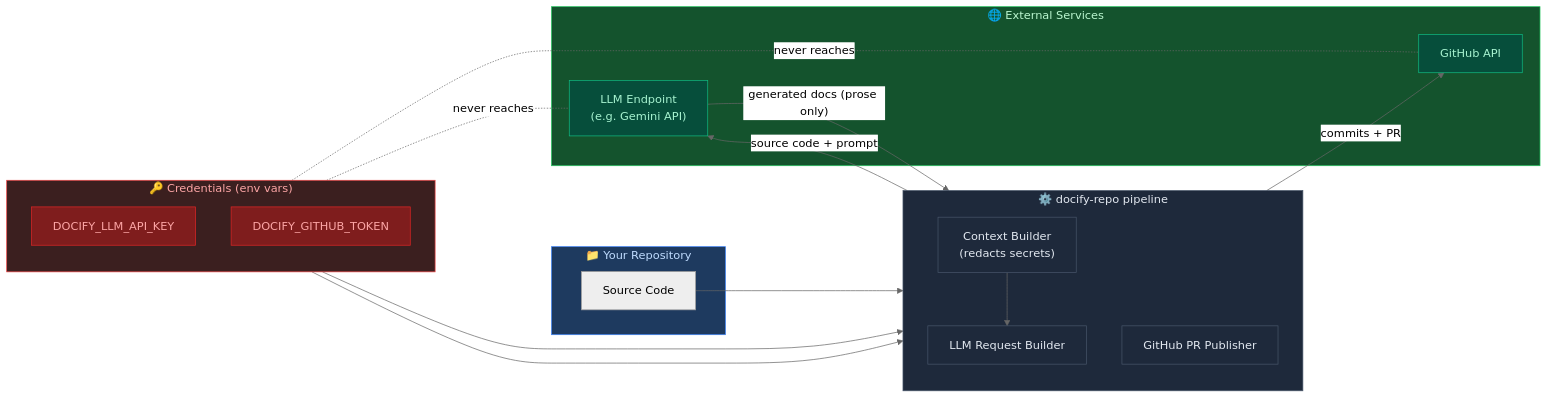
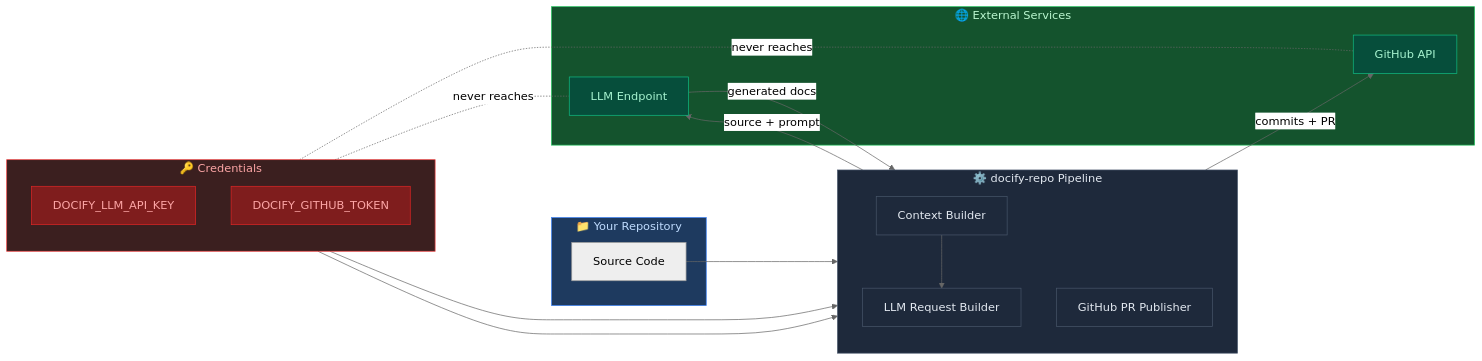
The third of 3 diagrams in README.md (amit-upadhyay-IT/docify-repo), drawn with Mermaid (neutral theme) before and after one commit. The commit also changed other lines of this file, not shown here.

````diff
--- a/README.md
+++ b/README.md
@@ -400,46 +379,46 @@
 ```mermaid
 flowchart LR
     subgraph REPO ["📁 Your Repository"]
-        SRC[Source Code]
+        SRC["Source Code"]
     end
 
-    subgraph DOCIFY ["⚙️ docify-repo pipeline"]
+    subgraph DOCIFY ["⚙️ docify-repo Pipeline"]
         direction TB
-        CTX["Context Builder\n(redacts secrets)"]
+        CTX["Context Builder"]
         LLM_REQ["LLM Request Builder"]
         PR_PUB["GitHub PR Publisher"]
     end
 
-    subgraph SECRETS ["🔑 Credentials (env vars)"]
+    subgraph SECRETS ["🔑 Credentials"]
         direction TB
         LLMKEY["DOCIFY_LLM_API_KEY"]
         GHTOKEN["DOCIFY_GITHUB_TOKEN"]
     end
 
     subgraph EXTERNAL ["🌐 External Services"]
-        LLM_EP["LLM Endpoint\n(e.g. Gemini API)"]
+        LLM_EP["LLM Endpoint"]
         GH["GitHub API"]
     end
 
     SRC --> CTX --> LLM_REQ
     LLMKEY --> LLM_REQ
-    LLM_REQ -- "source code + prompt" --> LLM_EP
-    LLM_EP -- "generated docs (prose only)" --> PR_PUB
+    LLM_REQ -- "source + prompt" --> LLM_EP
+    LLM_EP -- "generated docs" --> PR_PUB
     GHTOKEN --> PR_PUB
     PR_PUB -- "commits + PR" --> GH
 
     LLMKEY -. "never reaches" .- GH
     GHTOKEN -. "never reaches" .- LLM_EP
 
     style REPO fill:#1e3a5f,color:#bfdbfe,stroke:#3b82f6
     style DOCIFY fill:#1e293b,color:#e2e8f0,stroke:#475569
     style SECRETS fill:#3b1f1f,color:#fca5a5,stroke:#ef4444
     style EXTERNAL fill:#14532d,color:#bbf7d0,stroke:#22c55e
     style CTX fill:#1e293b,color:#e2e8f0,stroke:#475569
     style LLM_REQ fill:#1e293b,color:#e2e8f0,stroke:#475569
     style PR_PUB fill:#1e293b,color:#e2e8f0,stroke:#475569
     style LLMKEY fill:#7f1d1d,color:#fca5a5,stroke:#dc2626
     style GHTOKEN fill:#7f1d1d,color:#fca5a5,stroke:#dc2626
     style LLM_EP fill:#064e3b,color:#a7f3d0,stroke:#10b981
     style GH fill:#064e3b,color:#a7f3d0,stroke:#10b981
 ```
````
